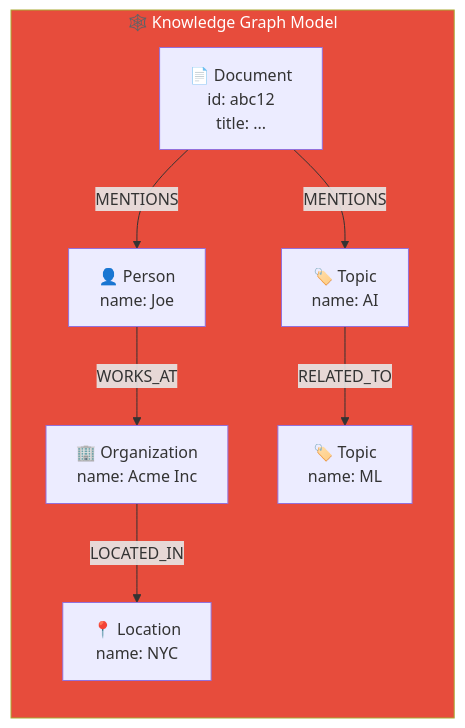
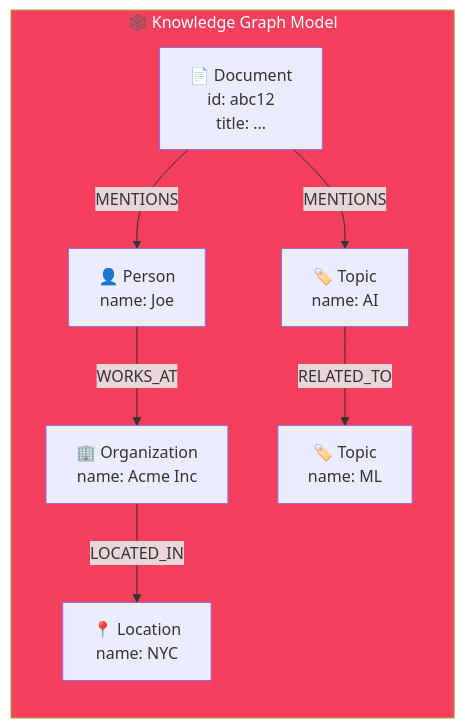
Before and after one commit to viktorrobin/bluerobin-blog: the diagram in src/content/blog/falkordb-graph-database-knowledge-graph.mdx, drawn with Mermaid. The commit also changed other lines of this file and 127 other files, not shown here.

````diff
--- a/src/content/blog/falkordb-graph-database-knowledge-graph.mdx
+++ b/src/content/blog/falkordb-graph-database-knowledge-graph.mdx
@@ -21,19 +23,24 @@
 ```mermaid
 graph LR
     subgraph Graph["🕸️ Knowledge Graph Model"]
         Doc["📄 Document\nid: abc12\ntitle: ..."]
         Person["👤 Person\nname: Joe"]
         Topic1["🏷️ Topic\nname: AI"]
         Topic2["🏷️ Topic\nname: ML"]
         Org["🏢 Organization\nname: Acme Inc"]
         Loc["📍 Location\nname: NYC"]
         
         Doc -->|MENTIONS| Person
         Doc -->|MENTIONS| Topic1
         Person -->|WORKS_AT| Org
         Topic1 -->|RELATED_TO| Topic2
         Org -->|LOCATED_IN| Loc
     end
 
-    style Graph fill:#e74c3c,color:#fff
+    classDef primary fill:#7c3aed,color:#fff
+    classDef secondary fill:#06b6d4,color:#fff
+    classDef db fill:#f43f5e,color:#fff
+    classDef warning fill:#fbbf24,color:#000
+
+    class Graph db
 ```
````
